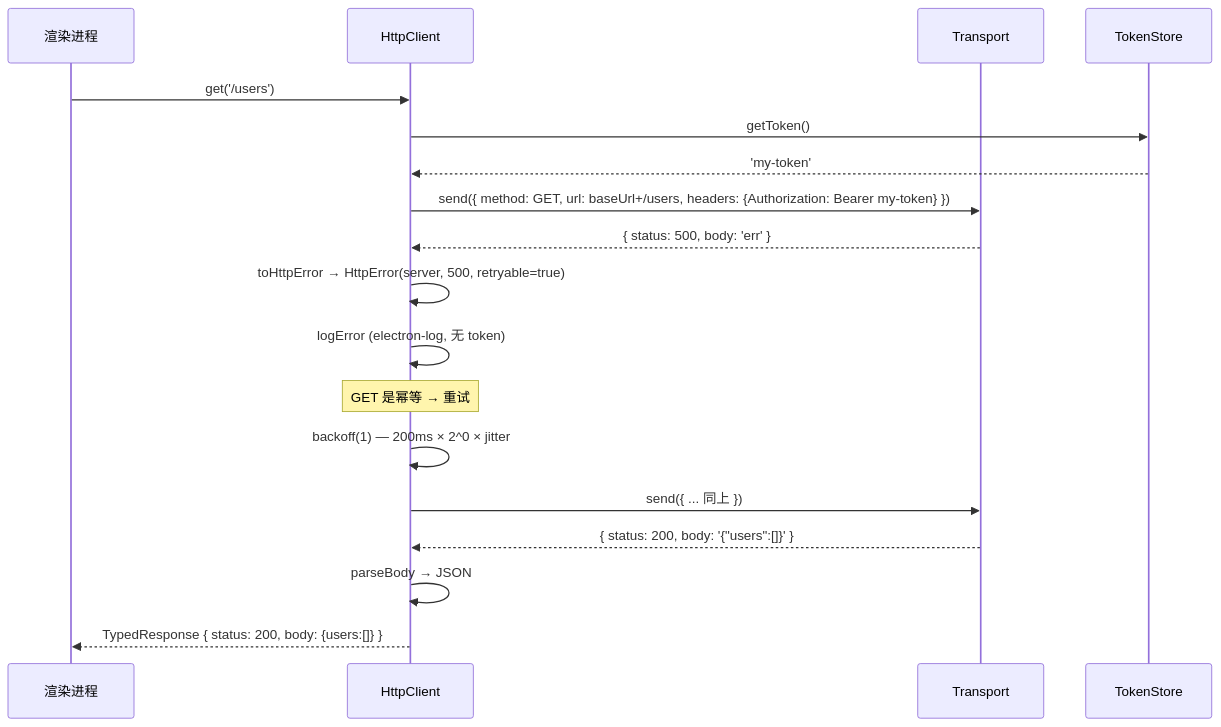
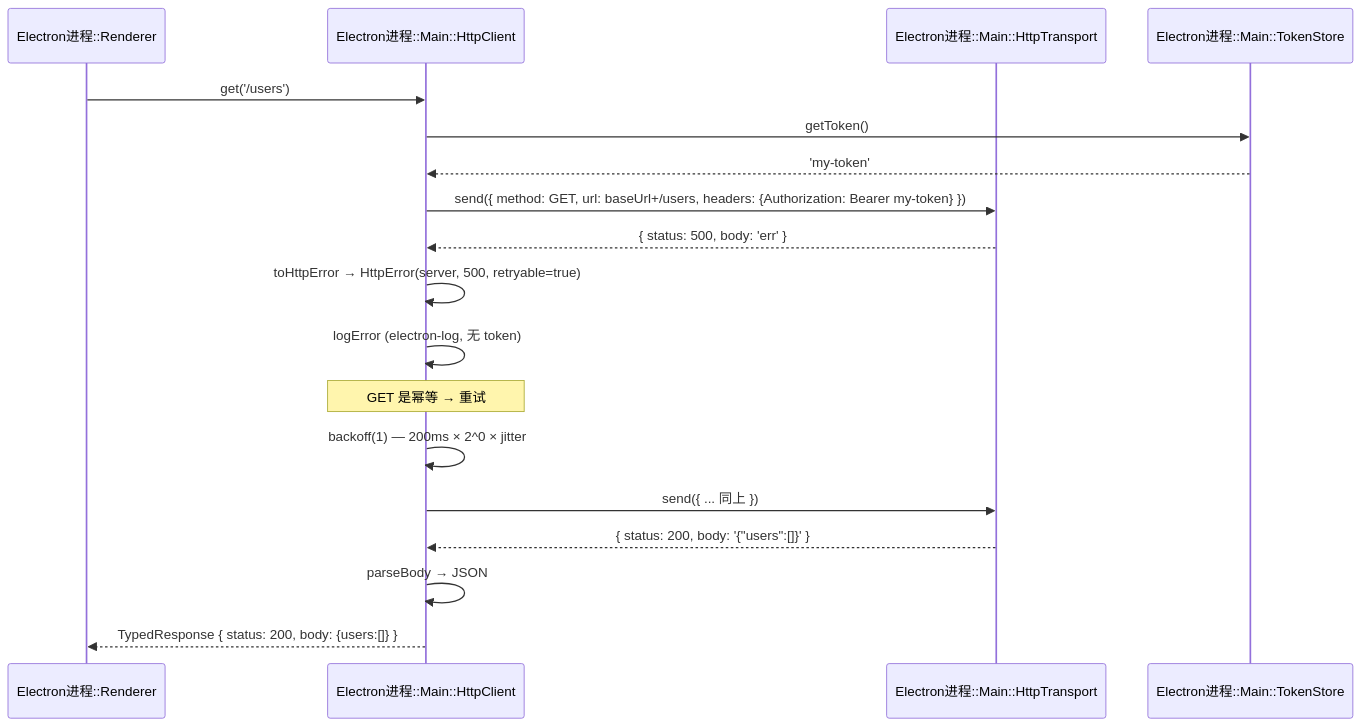
The ninth of 12 diagrams in docs/architecture-diagrams.md (lupnfer/vue_with_csdk), drawn with Mermaid before and after one commit. The commit also changed other lines of this file, not shown here.

Commit message:
docs: 统一时序图 participant 命名为 Electron进程::模块 格式

````diff
--- a/docs/architecture-diagrams.md
+++ b/docs/architecture-diagrams.md
@@ -475,21 +475,21 @@
 ```mermaid
 sequenceDiagram
-    participant R as 渲染进程
-    participant H as HttpClient
-    participant T as Transport
-    participant TS as TokenStore
+    participant R as Electron进程::Renderer
+    participant H as Electron进程::Main::HttpClient
+    participant T as Electron进程::Main::HttpTransport
+    participant TS as Electron进程::Main::TokenStore
 
     R->>H: get('/users')
     H->>TS: getToken()
     TS-->>H: 'my-token'
     H->>T: send({ method: GET, url: baseUrl+/users, headers: {Authorization: Bearer my-token} })
     T-->>H: { status: 500, body: 'err' }
     H->>H: toHttpError → HttpError(server, 500, retryable=true)
     H->>H: logError (electron-log, 无 token)
     Note over H: GET 是幂等 → 重试
     H->>H: backoff(1) — 200ms × 2^0 × jitter
     H->>T: send({ ... 同上 })
     T-->>H: { status: 200, body: '{"users":[]}' }
     H->>H: parseBody → JSON
     H-->>R: TypedResponse { status: 200, body: {users:[]} }
 ```
````
